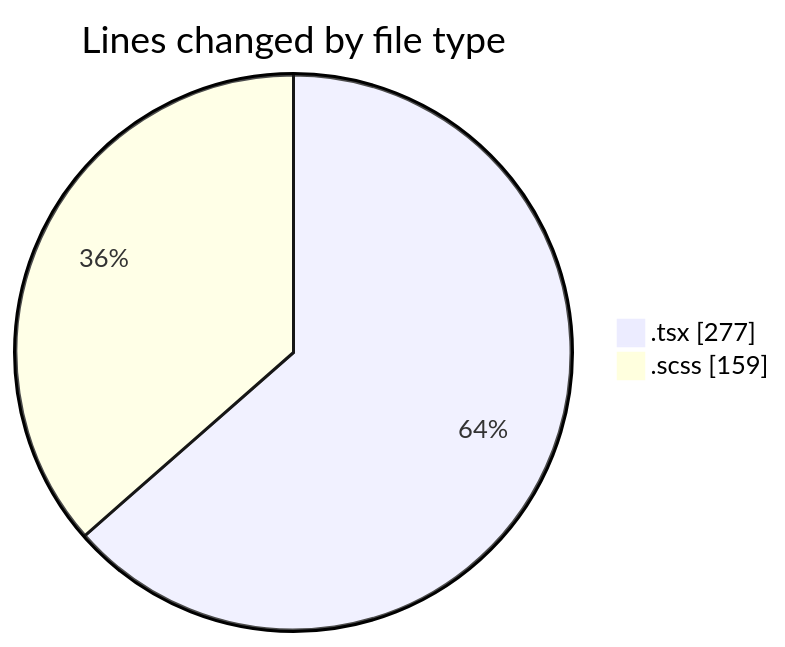
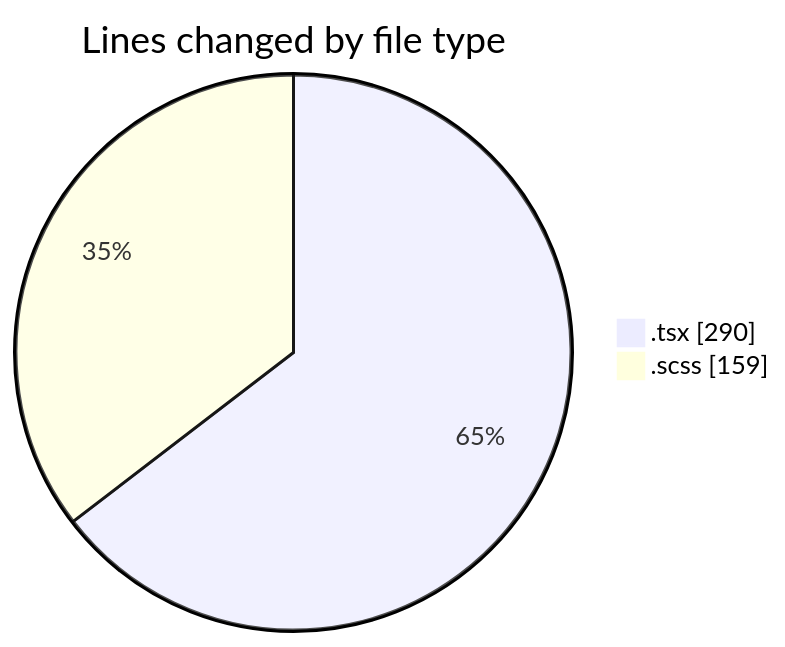
The first of 2 diagrams in 2026-04-16/cda/README.md (momahboobian/code-tracking), drawn with Mermaid before and after one commit. The commit also changed other lines of this file and 1 other file, not shown here.

````diff
--- a/2026-04-16/cda/README.md
+++ b/2026-04-16/cda/README.md
@@ -22,6 +22,6 @@
 ```mermaid
 pie showData
 title Lines changed by file type
-".tsx" : 277
+".tsx" : 290
 ".scss" : 159
 ```
````
